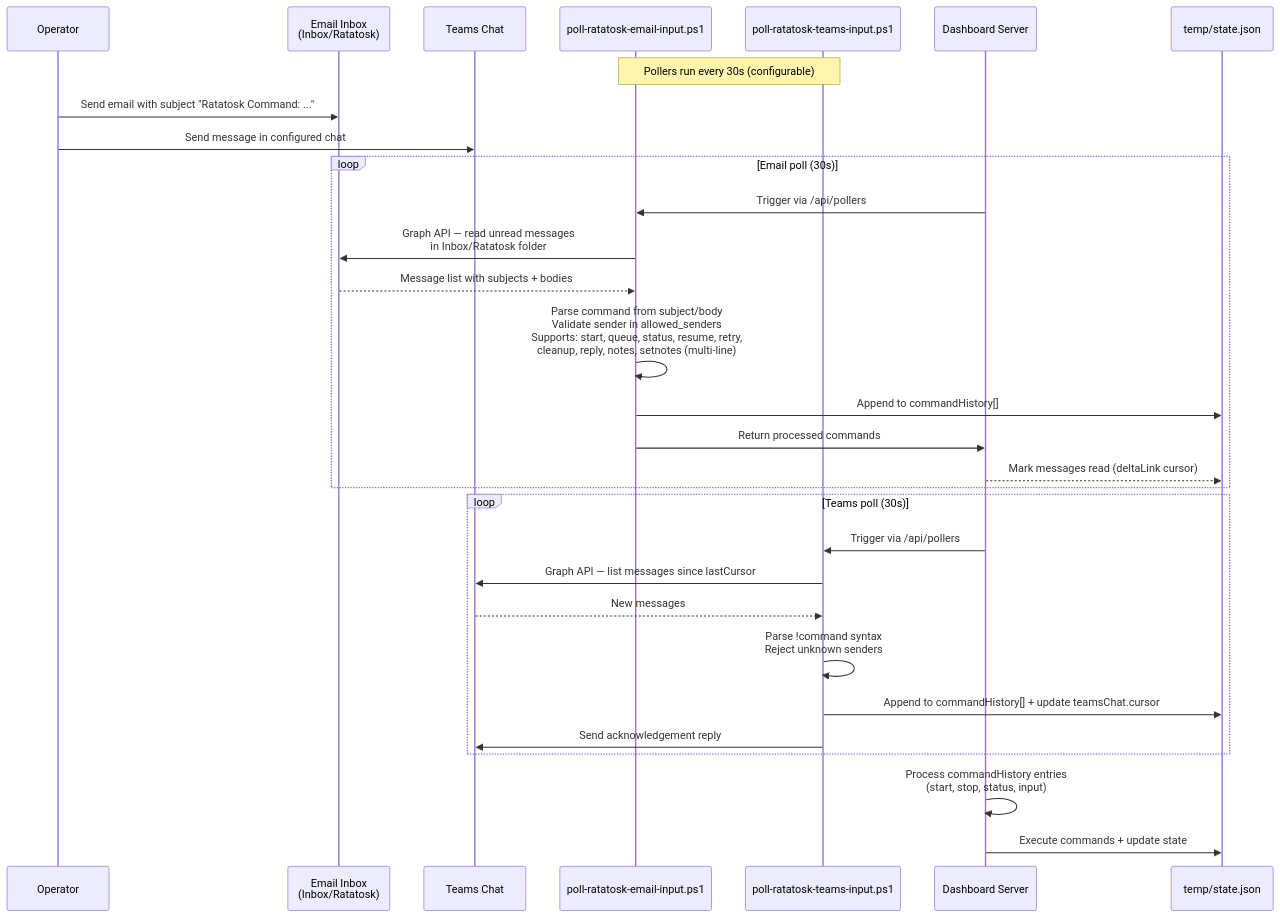
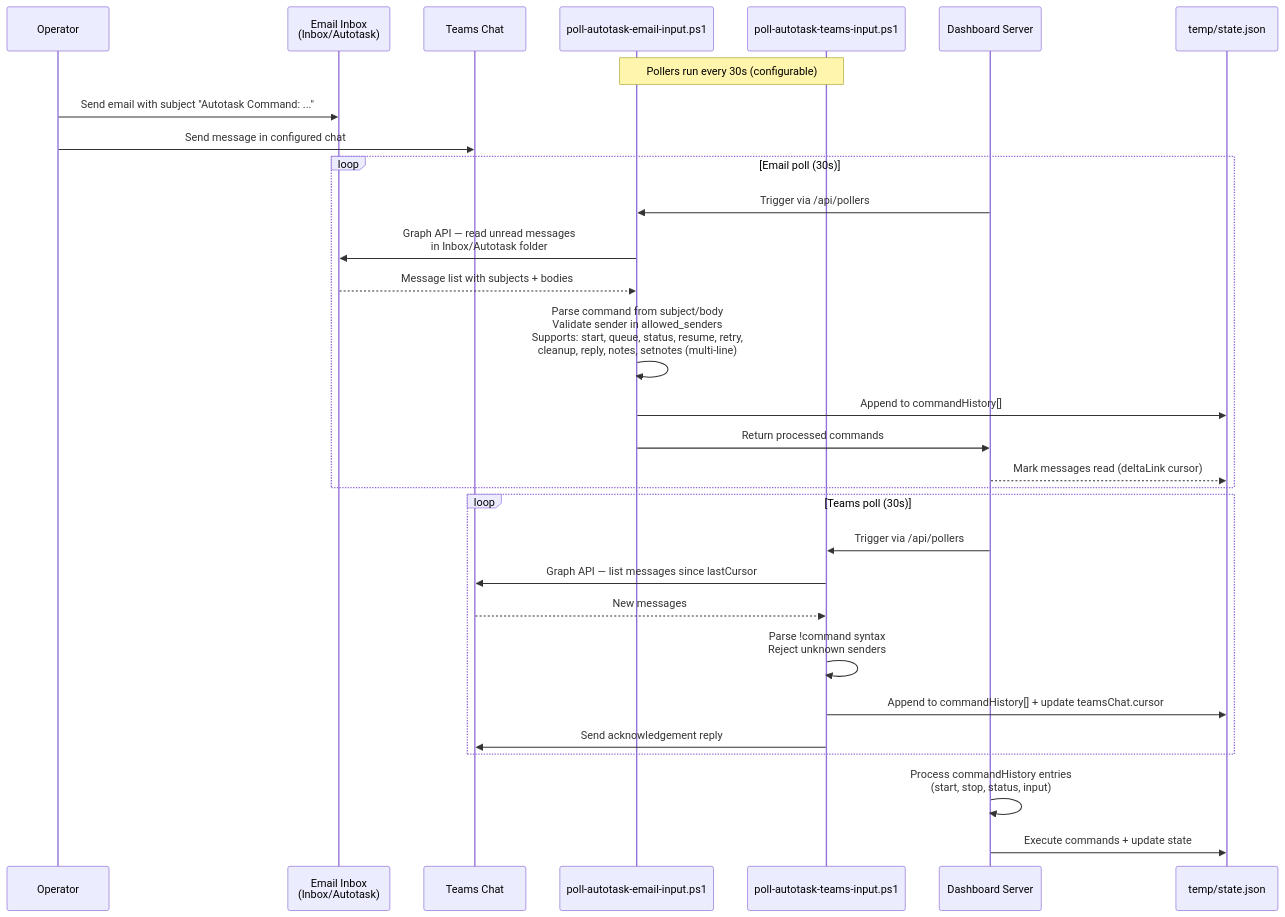
The eighth of 12 diagrams in docs/architecture-overview.md (cat-hoang/ai-studio), drawn with Mermaid before and after one commit. The commit also changed other lines of this file and 68 other files, not shown here.

First line of the commit message:
Add Autotask user input handling scripts and update Teams chat integration

````diff
--- a/docs/architecture-overview.md
+++ b/docs/architecture-overview.md
@@ -426,37 +426,37 @@
 ```mermaid
 sequenceDiagram
     participant OP as Operator
-    participant INBOX as Email Inbox<br/>(Inbox/Ratatosk)
+    participant INBOX as Email Inbox<br/>(Inbox/Autotask)
     participant TEAMS as Teams Chat
-    participant PE as poll-ratatosk-email-input.ps1
-    participant PT as poll-ratatosk-teams-input.ps1
+    participant PE as poll-autotask-email-input.ps1
+    participant PT as poll-autotask-teams-input.ps1
     participant SRV as Dashboard Server
     participant STATE as temp/state.json
 
     Note over PE,PT: Pollers run every 30s (configurable)
 
-    OP->>INBOX: Send email with subject "Ratatosk Command: ..."
+    OP->>INBOX: Send email with subject "Autotask Command: ..."
     OP->>TEAMS: Send message in configured chat
 
     loop Email poll (30s)
         SRV->>PE: Trigger via /api/pollers
-        PE->>INBOX: Graph API — read unread messages<br/>in Inbox/Ratatosk folder
+        PE->>INBOX: Graph API — read unread messages<br/>in Inbox/Autotask folder
         INBOX-->>PE: Message list with subjects + bodies
         PE->>PE: Parse command from subject/body<br/>Validate sender in allowed_senders<br/>Supports: start, queue, status, resume, retry,<br/>cleanup, reply, notes, setnotes (multi-line)
         PE->>STATE: Append to commandHistory[]
         PE->>SRV: Return processed commands
         SRV-->>STATE: Mark messages read (deltaLink cursor)
     end
 
     loop Teams poll (30s)
         SRV->>PT: Trigger via /api/pollers
         PT->>TEAMS: Graph API — list messages since lastCursor
         TEAMS-->>PT: New messages
         PT->>PT: Parse !command syntax<br/>Reject unknown senders
         PT->>STATE: Append to commandHistory[] + update teamsChat.cursor
         PT->>TEAMS: Send acknowledgement reply
     end
 
     SRV->>SRV: Process commandHistory entries<br/>(start, stop, status, input)
     SRV->>STATE: Execute commands + update state
 ```
````
